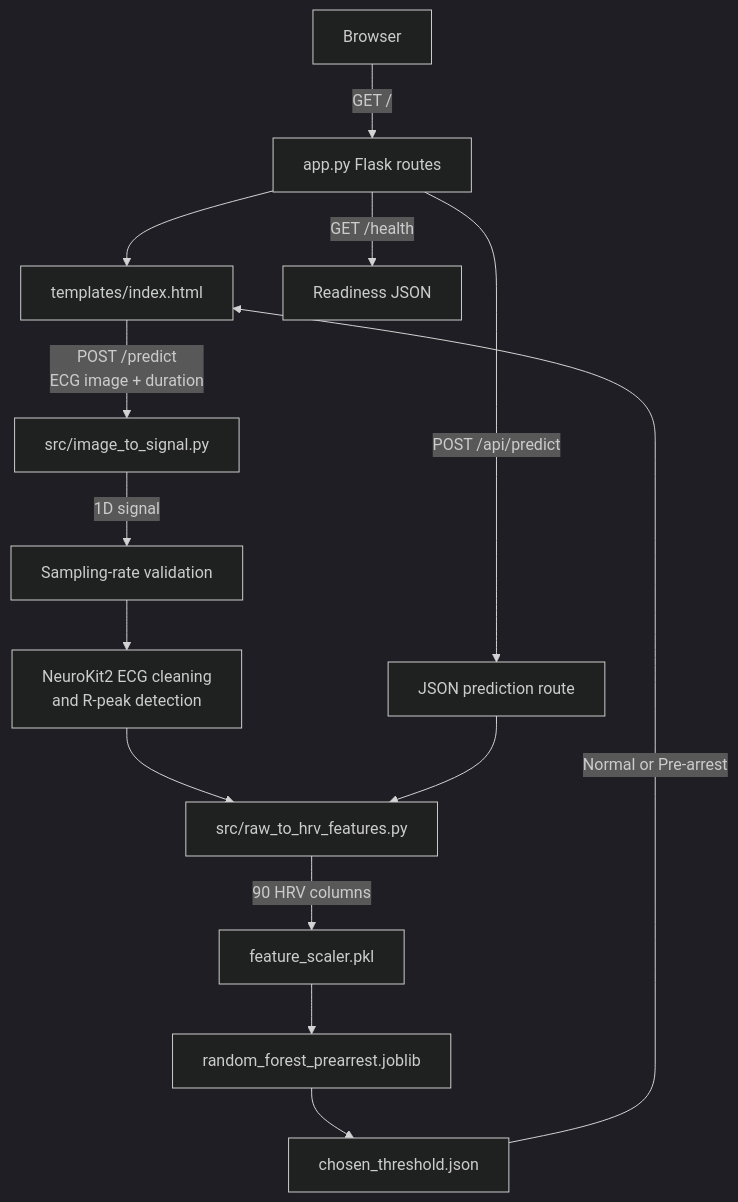
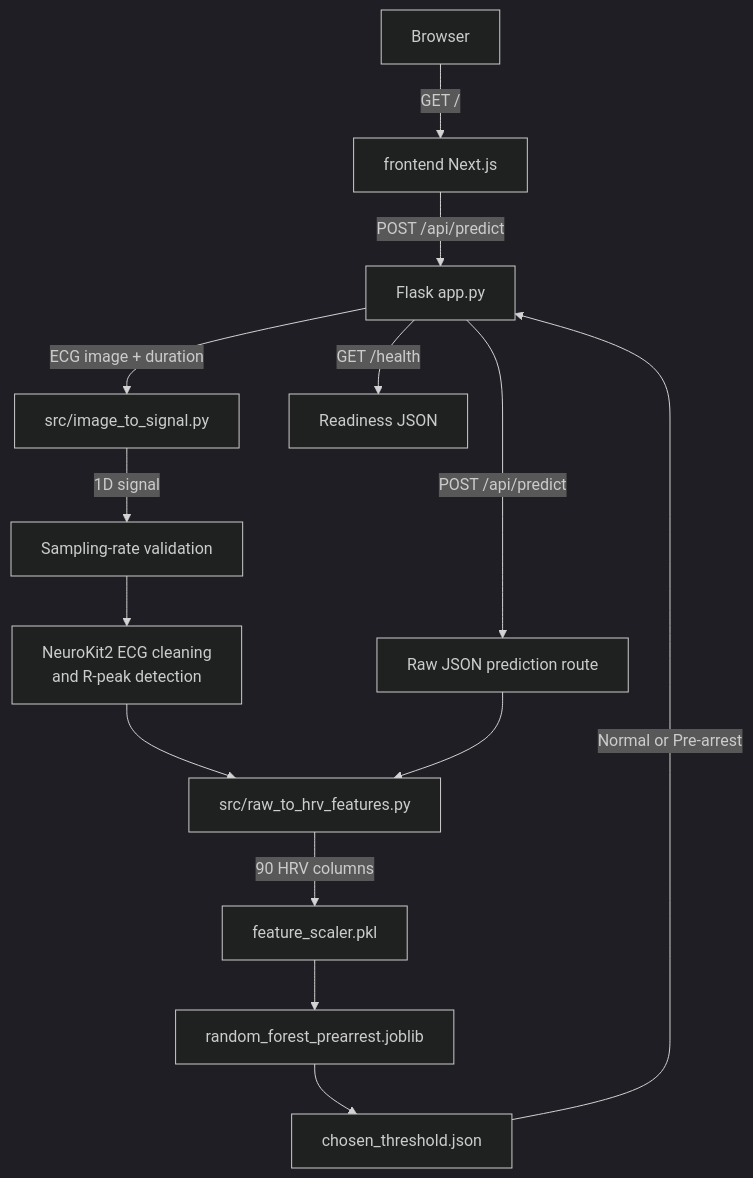
The second of 2 diagrams in README.md (allenlobo31/Cardiac_Arrest_Prediction), drawn with Mermaid (dark theme) before and after one commit. The commit also changed other lines of this file and 5 other files, not shown here.

````diff
--- a/README.md
+++ b/README.md
@@ -235,16 +235,16 @@
 ```mermaid
 flowchart TD
-  A[Browser] -->|GET /| B[app.py Flask routes]
-  B --> C[templates/index.html]
-  C -->|POST /predict<br/>ECG image + duration| D[src/image_to_signal.py]
+  A[Browser] -->|GET /| B[frontend Next.js]
+  B -->|POST /api/predict| C[Flask app.py]
+  C -->|ECG image + duration| D[src/image_to_signal.py]
   D -->|1D signal| E[Sampling-rate validation]
   E --> F[NeuroKit2 ECG cleaning<br/>and R-peak detection]
   F --> G[src/raw_to_hrv_features.py]
   G -->|90 HRV columns| H[feature_scaler.pkl]
   H --> I[random_forest_prearrest.joblib]
   I --> J[chosen_threshold.json]
   J -->|Normal or Pre-arrest| C
-  B -->|GET /health| K[Readiness JSON]
-  B -->|POST /api/predict| L[JSON prediction route]
+  C -->|GET /health| K[Readiness JSON]
+  C -->|POST /api/predict| L[Raw JSON prediction route]
   L --> G
 ```
````
